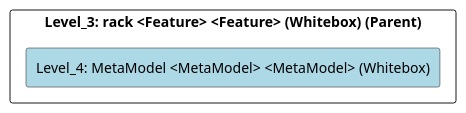
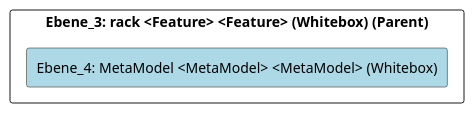
The diagram in doc/cleonproject_deliverables_architecture_model_architecture/adoc/de/05_bausteinsicht/cleon/modeling_languages/rack/metamodel/ebene_4_metamodel.adoc (marcozwyssig/cleon), drawn with PlantUML before and after one commit. The commit also changed other lines of this file and 214 other files, not shown here.

```diff
--- a/doc/cleonproject_deliverables_architecture_model_architecture/adoc/de/05_bausteinsicht/cleon/modeling_languages/rack/metamodel/ebene_4_metamodel.adoc
+++ b/doc/cleonproject_deliverables_architecture_model_architecture/adoc/de/05_bausteinsicht/cleon/modeling_languages/rack/metamodel/ebene_4_metamodel.adoc
@@ -24,24 +24,24 @@
-[plantuml, Level_4: MetaModel <MetaModel> <MetaModel> (Whitebox)BlockOverview, format="svg"]
+[plantuml, Ebene_4: MetaModel <MetaModel> <MetaModel> (Whitebox)BlockOverview, format="svg"]
 ----
-@startuml Level_4: MetaModel <MetaModel> <MetaModel> (Whitebox)BuildingBlockOverview
+@startuml Ebene_4: MetaModel <MetaModel> <MetaModel> (Whitebox)BuildingBlockOverview
 
 skinparam ranksep 10
 skinparam componentStyle rectangle
 skinparam shadowing false
 skinparam arrowColor lightblue
 skinparam arrowThickness 1.2
 skinparam rectangle {
   BackgroundColor White
   BorderColor #333
   RoundCorner 10
 }
 top to bottom direction
 
-component "Level_3: rack <Feature> <Feature> (Whitebox) (Parent)" {
-    component "Level_4: MetaModel <MetaModel> <MetaModel> (Whitebox)" #lightblue {
+component "Ebene_3: rack <Feature> <Feature> (Whitebox) (Parent)" {
+    component "Ebene_4: MetaModel <MetaModel> <MetaModel> (Whitebox)" #lightblue {
     }
 
 }
 
 @enduml
 ----
```
